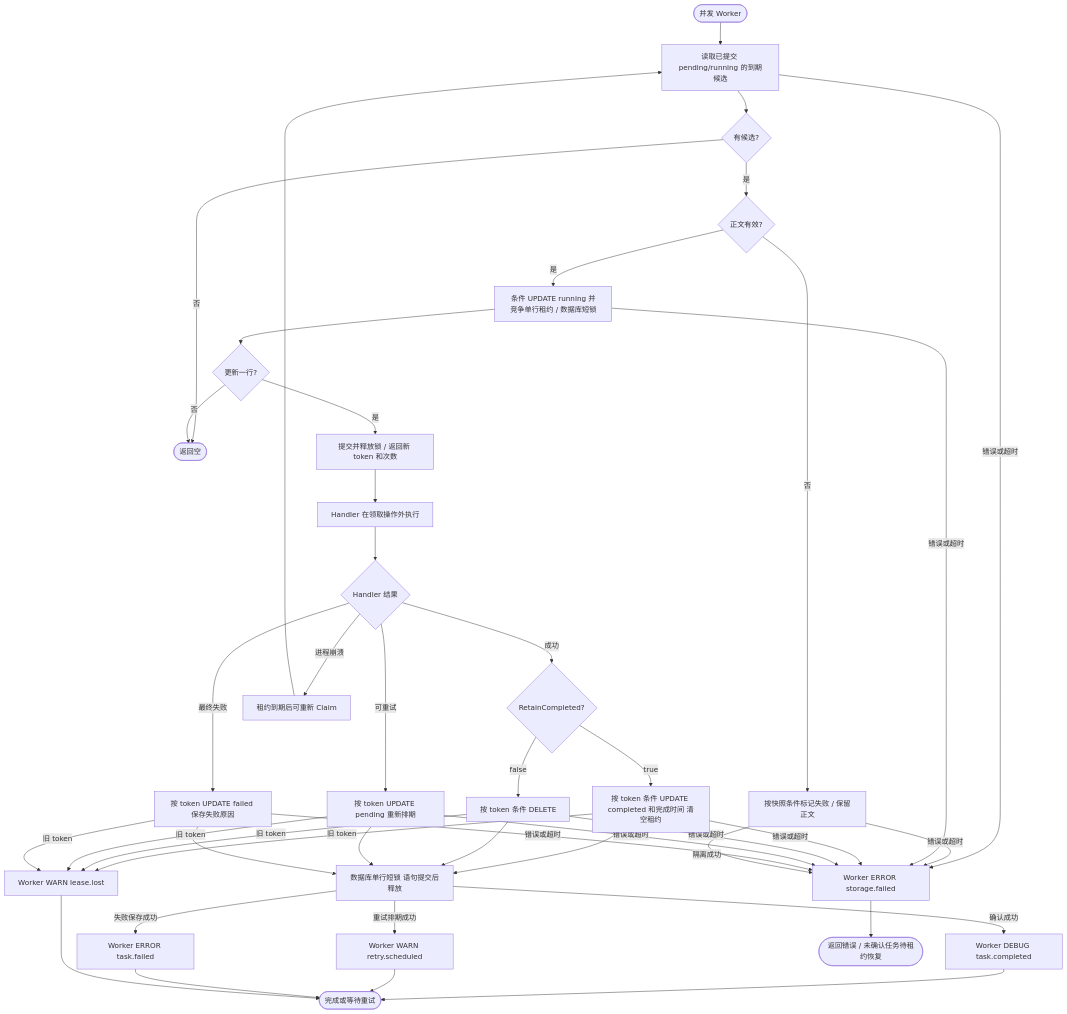
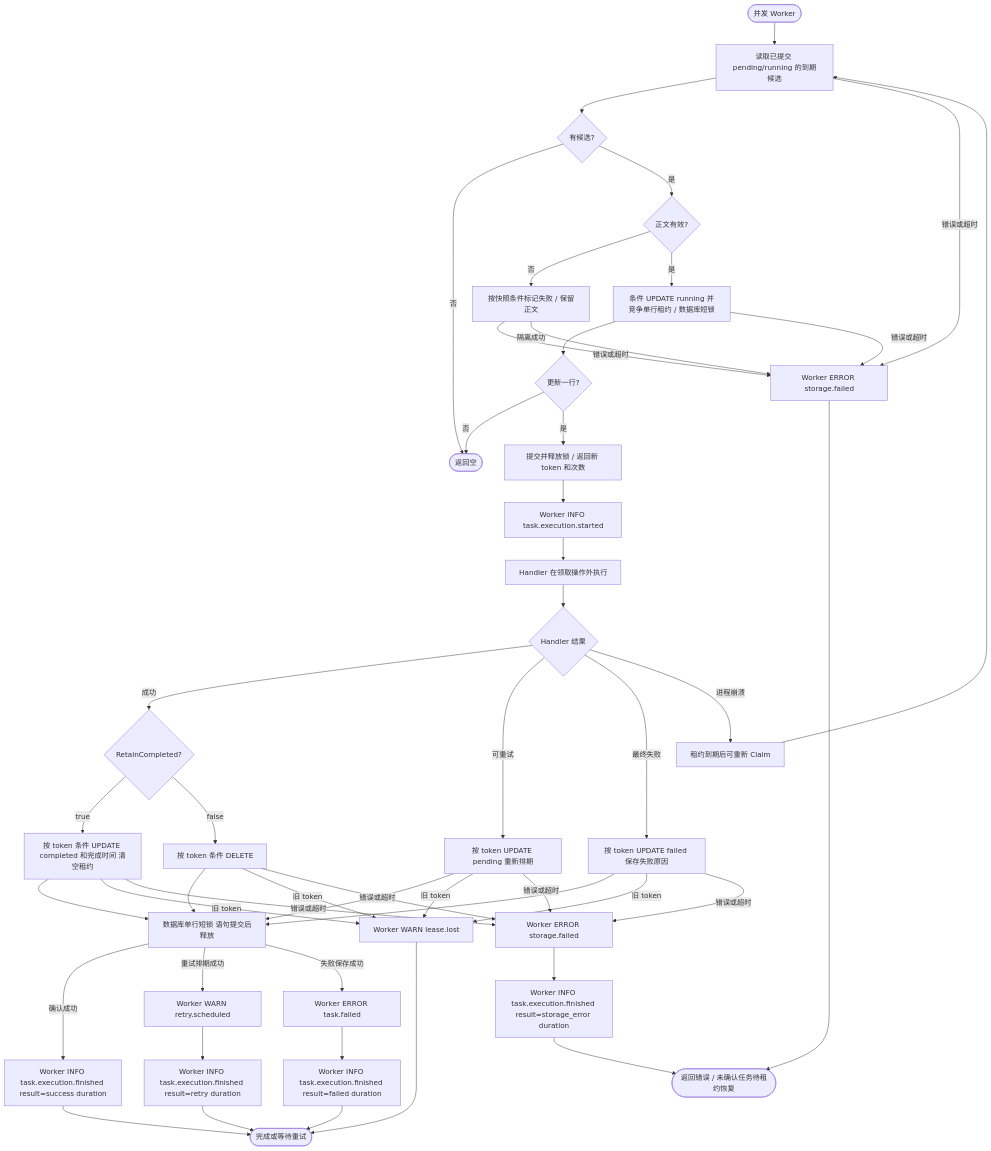
The fourth of 4 diagrams in contrib/queue/database/gorm/README.md (jaggerzhuang1994/kratos-foundation), drawn with Mermaid before and after one commit. The commit also changed other lines of this file and 122 other files, not shown here.

````diff
--- a/contrib/queue/database/gorm/README.md
+++ b/contrib/queue/database/gorm/README.md
@@ -132,31 +131,37 @@
 ```mermaid
 flowchart TD
     A([并发 Worker]) --> B[读取已提交 pending/running 的到期候选]
     B --> C{有候选?}
     C -- 否 --> E([返回空])
     C -- 是 --> D{正文有效?}
     D -- 否 --> F[按快照条件标记失败 / 保留正文]
     D -- 是 --> G[条件 UPDATE running 并竞争单行租约 / 数据库短锁]
     G --> H{更新一行?}
     H -- 否 --> E
     H -- 是 --> I[提交并释放锁 / 返回新 token 和次数]
-    I --> J[Handler 在领取操作外执行]
+    I --> IS[Worker INFO task.execution.started]
+    IS --> J[Handler 在领取操作外执行]
     J --> K{Handler 结果}
     K -- 成功 --> KA{RetainCompleted?}
     KA -- true --> KB[按 token 条件 UPDATE completed 和完成时间 清空租约]
     KA -- false --> KC[按 token 条件 DELETE]
     K -- 可重试 --> KD[按 token UPDATE pending 重新排期]
     K -- 最终失败 --> KE[按 token UPDATE failed 保存失败原因]
     K -- 进程崩溃 --> KR[租约到期后可重新 Claim]
     KR --> B
     KB & KC & KD & KE --> KU[数据库单行短锁 语句提交后释放]
-    KU -- 确认成功 --> KL[Worker DEBUG task.completed]
+    KU -- 确认成功 --> KL[Worker INFO task.execution.finished result=success duration]
     KU -- 重试排期成功 --> KM[Worker WARN retry.scheduled]
     KU -- 失败保存成功 --> KN[Worker ERROR task.failed]
-    KL & KM & KN --> L([完成或等待重试])
+    KM --> KMF[Worker INFO task.execution.finished result=retry duration]
+    KN --> KNF[Worker INFO task.execution.finished result=failed duration]
+    KL & KMF & KNF --> L([完成或等待重试])
     KB & KC & KD & KE -- 旧 token --> M[Worker WARN lease.lost]
     M --> L
-    B & F & G & KB & KC & KD & KE -- 错误或超时 --> N[Worker ERROR storage.failed]
-    N --> O([返回错误 / 未确认任务待租约恢复])
-    F -- 隔离成功 --> N
+    B & F & G -- 错误或超时 --> N0[Worker ERROR storage.failed]
+    N0 --> O
+    KB & KC & KD & KE -- 错误或超时 --> N[Worker ERROR storage.failed]
+    N --> NF[Worker INFO task.execution.finished result=storage_error duration]
+    NF --> O([返回错误 / 未确认任务待租约恢复])
+    F -- 隔离成功 --> N0
 ```
````
